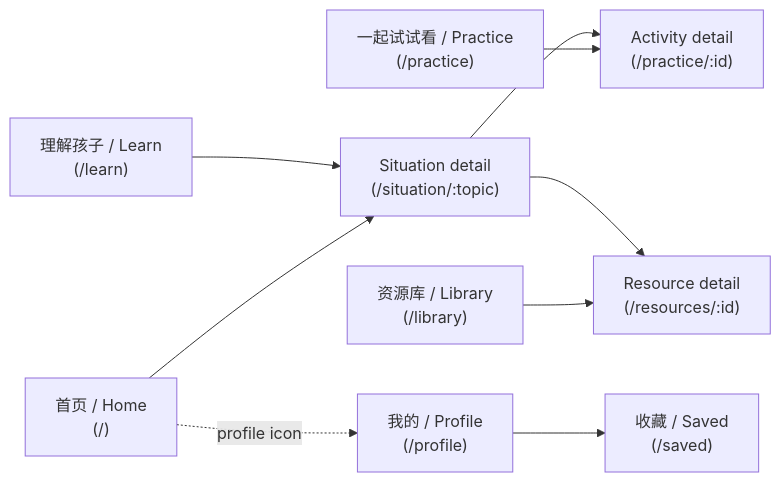
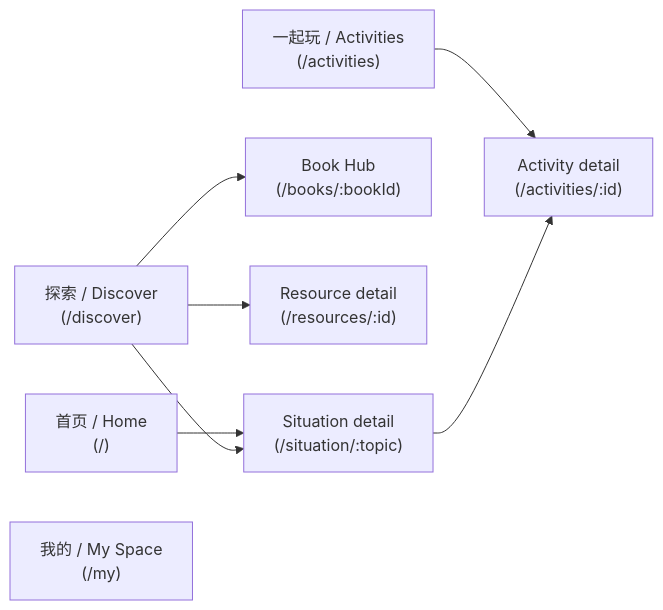
Before and after one commit to vegalh/juliacook: the diagram in docs/information-architecture.md, drawn with Mermaid. The commit also changed other lines of this file and 77 other files, not shown here.

````diff
--- a/docs/information-architecture.md
+++ b/docs/information-architecture.md
@@ -7,11 +14,10 @@
 ```mermaid
 graph LR
   Home["首页 / Home\n(/)"] --> Situation["Situation detail\n(/situation/:topic)"]
-  Learn["理解孩子 / Learn\n(/learn)"] --> Situation
-  Practice["一起试试看 / Practice\n(/practice)"] --> Activity["Activity detail\n(/practice/:id)"]
-  Situation --> Activity
-  Library["资源库 / Library\n(/library)"] --> Resource["Resource detail\n(/resources/:id)"]
-  Situation --> Resource
-  Home -. profile icon .-> Profile["我的 / Profile\n(/profile)"]
-  Profile --> Saved["收藏 / Saved\n(/saved)"]
+  Discover["探索 / Discover\n(/discover)"] --> Situation
+  Discover --> BookDetail["Book Hub\n(/books/:bookId)"]
+  Discover --> ResourceDetail["Resource detail\n(/resources/:id)"]
+  Activities["一起玩 / Activities\n(/activities)"] --> ActivityDetail["Activity detail\n(/activities/:id)"]
+  Situation --> ActivityDetail
+  My["我的 / My Space\n(/my)"]
 ```
````
